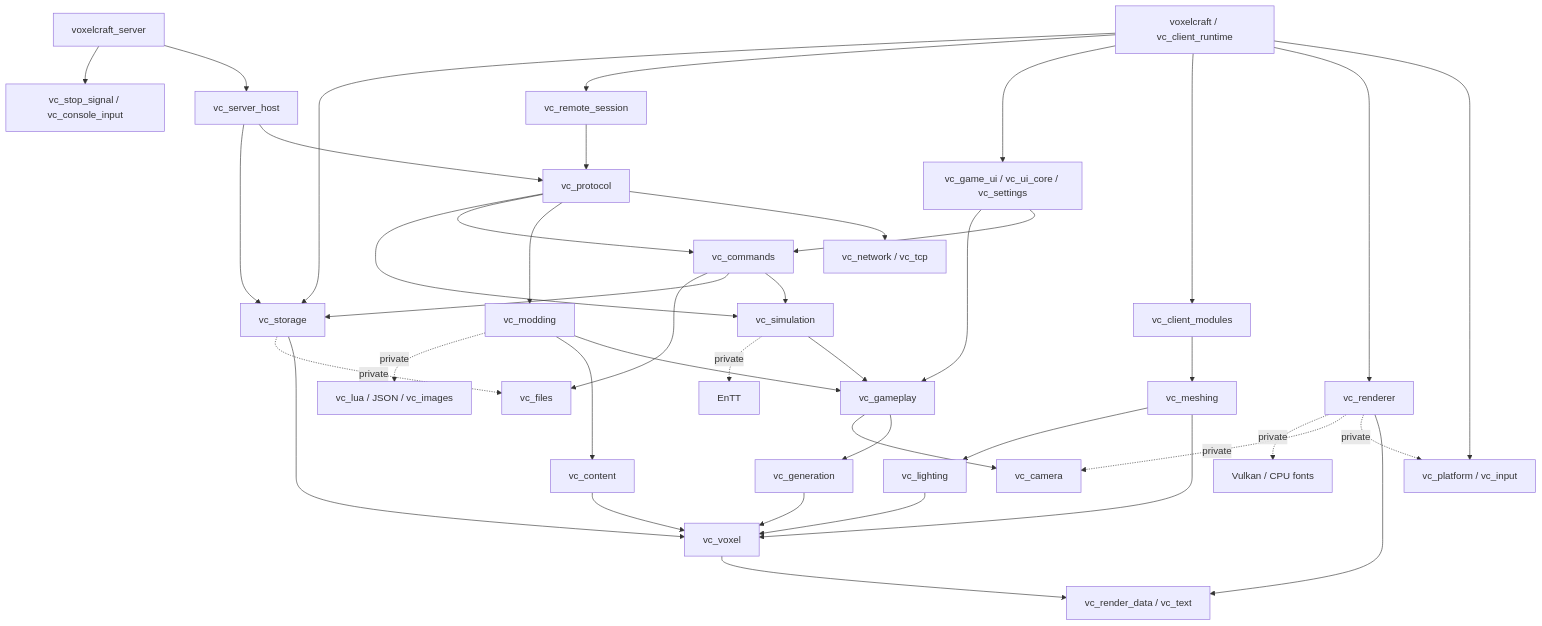
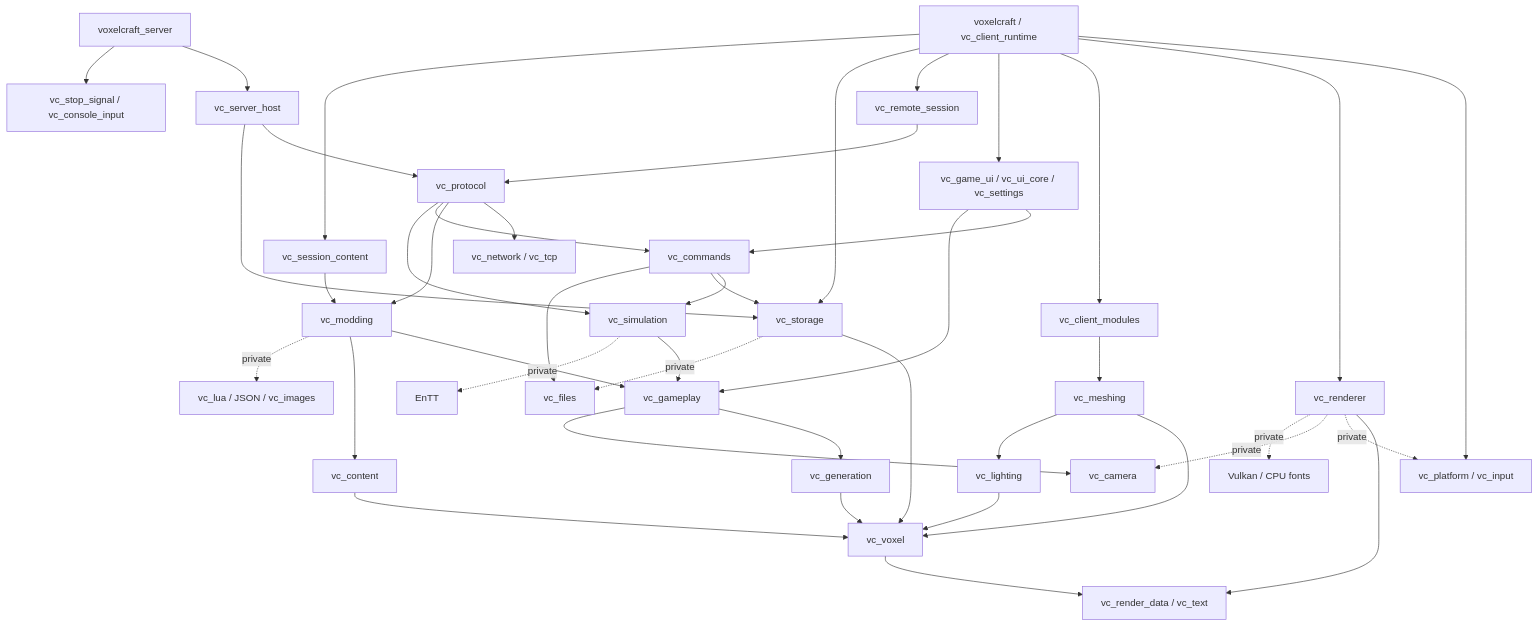
One commit to kirillrezontov/VoxelCraft changed the diagram in docs/module-dependency-graph.md. Above: the diagram before and after it, drawn with Mermaid. The commit also changed 7 other files, not shown here.

````diff
--- a/docs/module-dependency-graph.md
+++ b/docs/module-dependency-graph.md
@@ -7,43 +7,45 @@
 ```mermaid
 flowchart TD
     client[voxelcraft / vc_client_runtime] --> platform[vc_platform / vc_input]
     client --> renderer[vc_renderer]
     client --> composition[vc_client_modules]
     composition --> meshing[vc_meshing]
     client --> ui[vc_game_ui / vc_ui_core / vc_settings]
     client --> remote[vc_remote_session]
     client --> storage[vc_storage]
+    client --> sessionContent[vc_session_content]
+    sessionContent --> mods
     server[voxelcraft_server] --> host[vc_server_host]
     server --> os[vc_stop_signal / vc_console_input]
     host --> protocol[vc_protocol]
     host --> storage
     remote --> protocol
     protocol --> network[vc_network / vc_tcp]
     protocol --> mods[vc_modding]
     protocol --> commands[vc_commands]
     protocol --> simulation[vc_simulation]
     commands --> simulation
     commands --> storage
     commands --> files[vc_files]
     ui --> commands
     ui --> gameplay[vc_gameplay]
     simulation --> gameplay
     simulation -. private .-> entt[EnTT]
     mods --> gameplay
     mods --> content[vc_content]
     mods -. private .-> lua[vc_lua / JSON / vc_images]
     gameplay --> generation[vc_generation]
     gameplay --> camera[vc_camera]
     generation --> voxel[vc_voxel]
     storage --> voxel
     storage -. private .-> files
     content --> voxel
     meshing --> voxel
     meshing --> lighting[vc_lighting]
     lighting --> voxel
     voxel --> values[vc_render_data / vc_text]
     renderer --> values
     renderer -. private .-> platform
     renderer -. private .-> camera
     renderer -. private .-> vulkan[Vulkan / CPU fonts]
 ```
````
